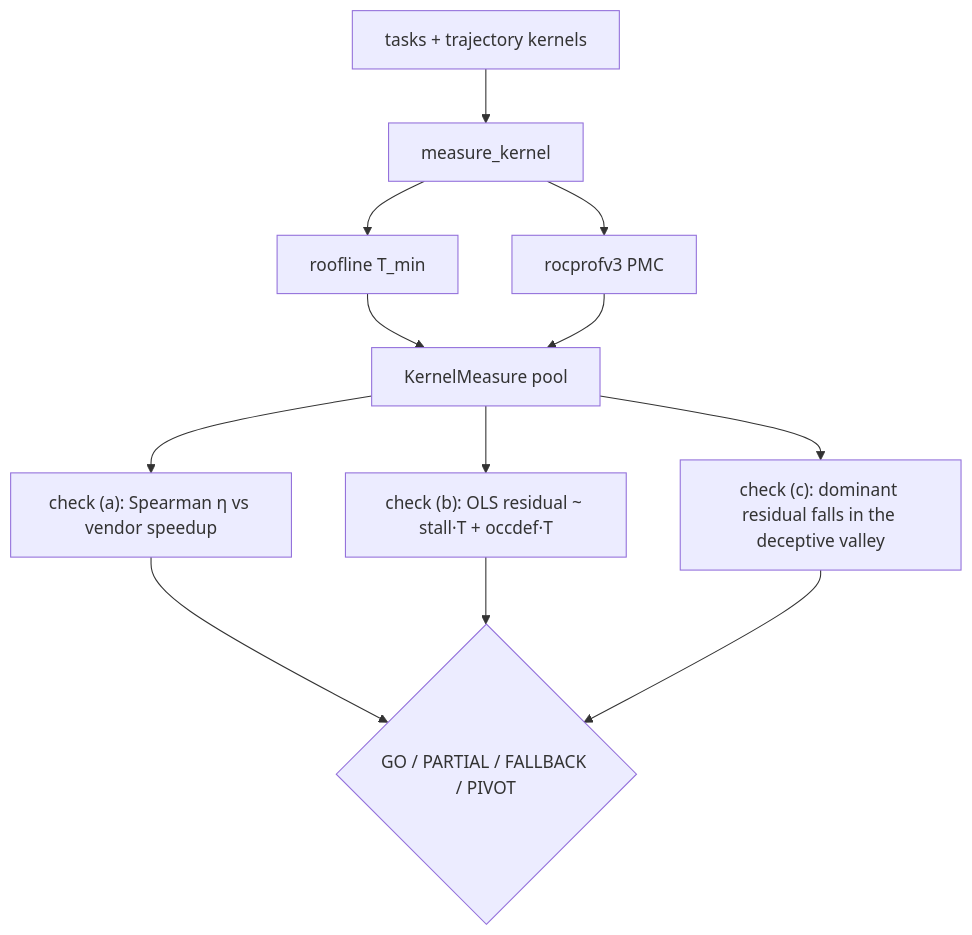
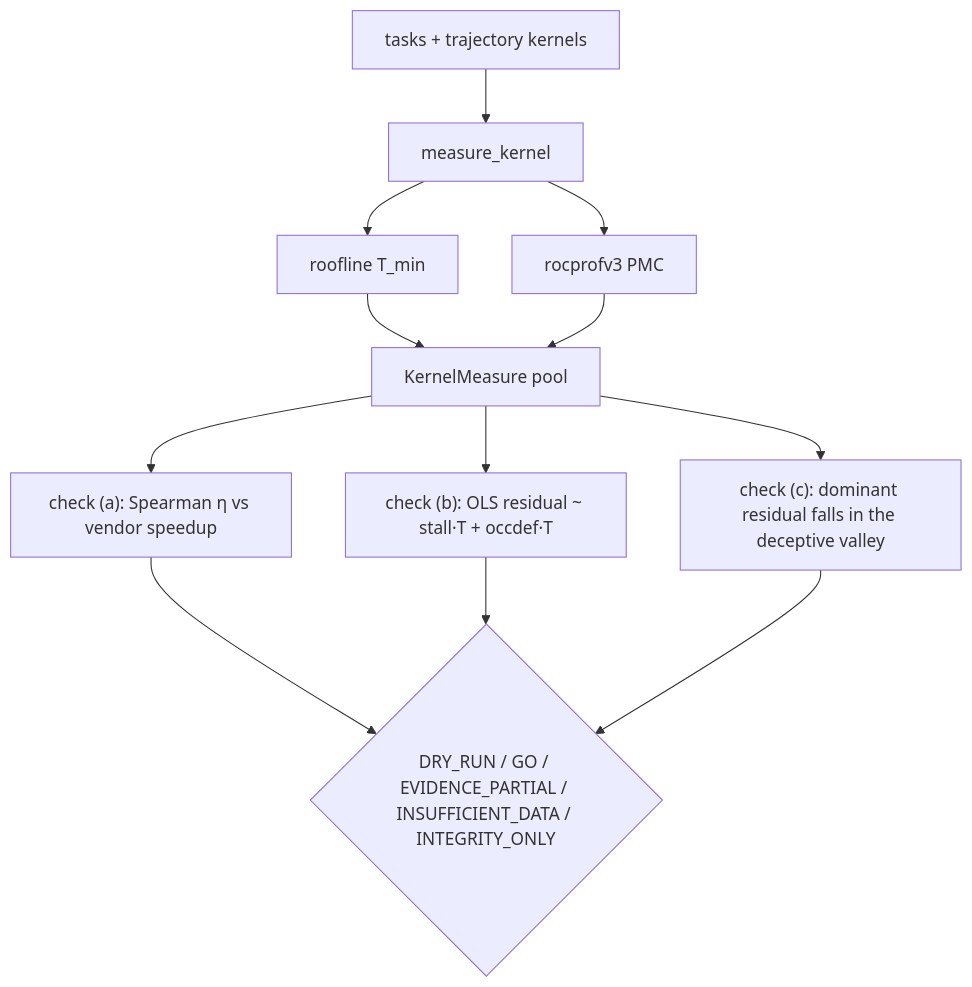
The diagram in kore/analysis/README.md (amd-shasriva/KORE), drawn with Mermaid before and after one commit. The commit also changed other lines of this file and 61 other files, not shown here.

````diff
--- a/kore/analysis/README.md
+++ b/kore/analysis/README.md
@@ -34,11 +38,11 @@
 ```mermaid
 flowchart TD
   T[tasks + trajectory kernels] --> M[measure_kernel]
   M --> RF[roofline T_min]
   M --> PMC[rocprofv3 PMC]
   RF & PMC --> KM[KernelMeasure pool]
   KM --> A["check (a): Spearman η vs vendor speedup"]
   KM --> B["check (b): OLS residual ~ stall·T + occdef·T"]
   KM --> C["check (c): dominant residual falls in the deceptive valley"]
-  A & B & C --> D{GO / PARTIAL / FALLBACK / PIVOT}
+  A & B & C --> D{DRY_RUN / GO / EVIDENCE_PARTIAL / INSUFFICIENT_DATA / INTEGRITY_ONLY}
 ```
````
